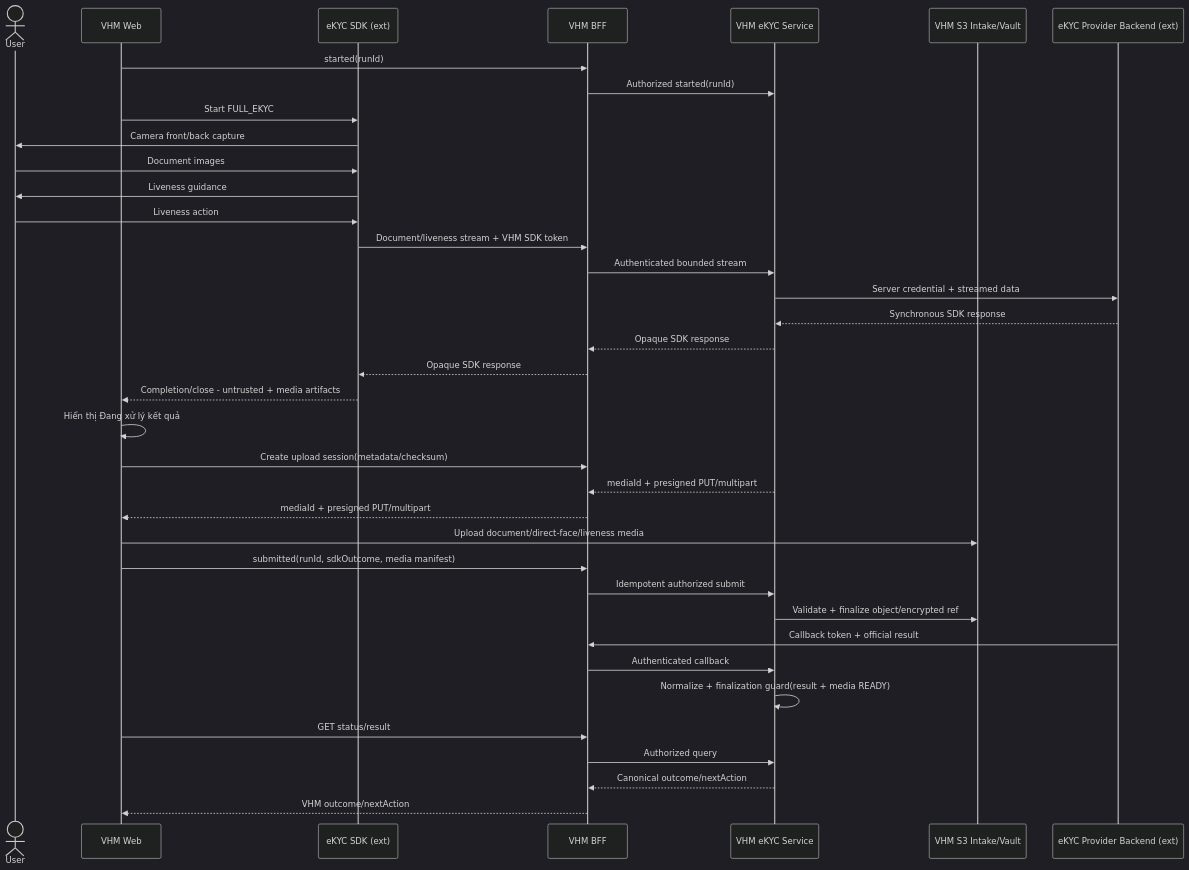
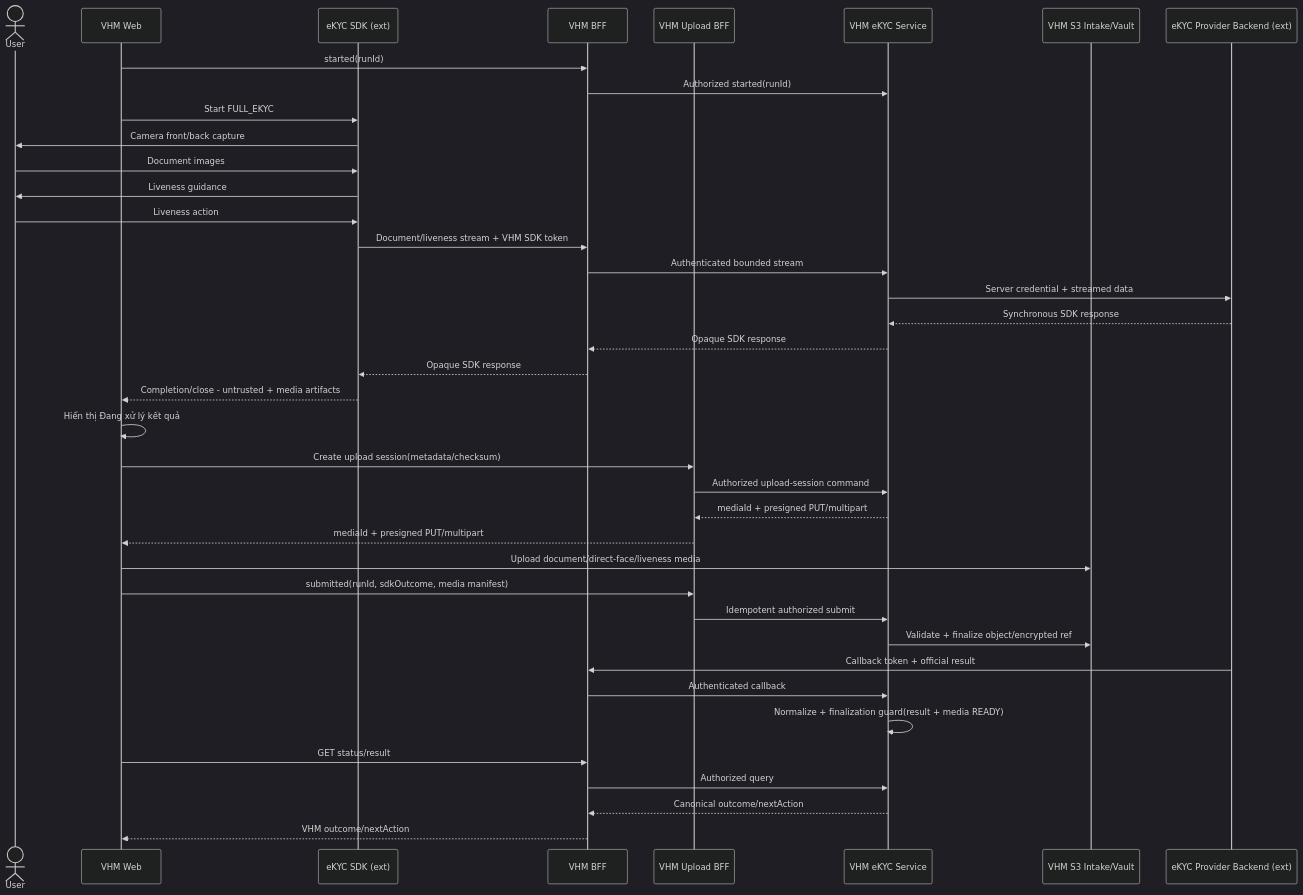
Diagram 14 of 19 in tdd2.md (huynv-xyz/vhm), drawn with Mermaid (dark theme) before and after one commit. The commit also changed other lines of this file, not shown here.

````diff
--- a/tdd2.md
+++ b/tdd2.md
@@ -1332,39 +1367,41 @@
 ```mermaid
 sequenceDiagram
     actor User
     participant WEB as VHM Web
     participant SDK as eKYC SDK (ext)
     participant BFF as VHM BFF
+    participant UPLOAD_BFF as VHM Upload BFF
     participant EKYC_SERVICE as VHM eKYC Service
     participant S3 as VHM S3 Intake/Vault
     participant BACKEND as eKYC Provider Backend (ext)
     WEB->>BFF: started(runId)
     BFF->>EKYC_SERVICE: Authorized started(runId)
     WEB->>SDK: Start FULL_EKYC
     SDK->>User: Camera front/back capture
     User->>SDK: Document images
     SDK->>User: Liveness guidance
     User->>SDK: Liveness action
     SDK->>BFF: Document/liveness stream + VHM SDK token
     BFF->>EKYC_SERVICE: Authenticated bounded stream
     EKYC_SERVICE->>BACKEND: Server credential + streamed data
     BACKEND-->>EKYC_SERVICE: Synchronous SDK response
     EKYC_SERVICE-->>BFF: Opaque SDK response
     BFF-->>SDK: Opaque SDK response
     SDK-->>WEB: Completion/close - untrusted + media artifacts
     WEB->>WEB: Hiển thị Đang xử lý kết quả
-    WEB->>BFF: Create upload session(metadata/checksum)
-    EKYC_SERVICE-->>BFF: mediaId + presigned PUT/multipart
-    BFF-->>WEB: mediaId + presigned PUT/multipart
+    WEB->>UPLOAD_BFF: Create upload session(metadata/checksum)
+    UPLOAD_BFF->>EKYC_SERVICE: Authorized upload-session command
+    EKYC_SERVICE-->>UPLOAD_BFF: mediaId + presigned PUT/multipart
+    UPLOAD_BFF-->>WEB: mediaId + presigned PUT/multipart
     WEB->>S3: Upload document/direct-face/liveness media
-    WEB->>BFF: submitted(runId, sdkOutcome, media manifest)
-    BFF->>EKYC_SERVICE: Idempotent authorized submit
+    WEB->>UPLOAD_BFF: submitted(runId, sdkOutcome, media manifest)
+    UPLOAD_BFF->>EKYC_SERVICE: Idempotent authorized submit
     EKYC_SERVICE->>S3: Validate + finalize object/encrypted ref
     BACKEND->>BFF: Callback token + official result
     BFF->>EKYC_SERVICE: Authenticated callback
     EKYC_SERVICE->>EKYC_SERVICE: Normalize + finalization guard(result + media READY)
     WEB->>BFF: GET status/result
     BFF->>EKYC_SERVICE: Authorized query
     EKYC_SERVICE-->>BFF: Canonical outcome/nextAction
     BFF-->>WEB: VHM outcome/nextAction
 ```
````
